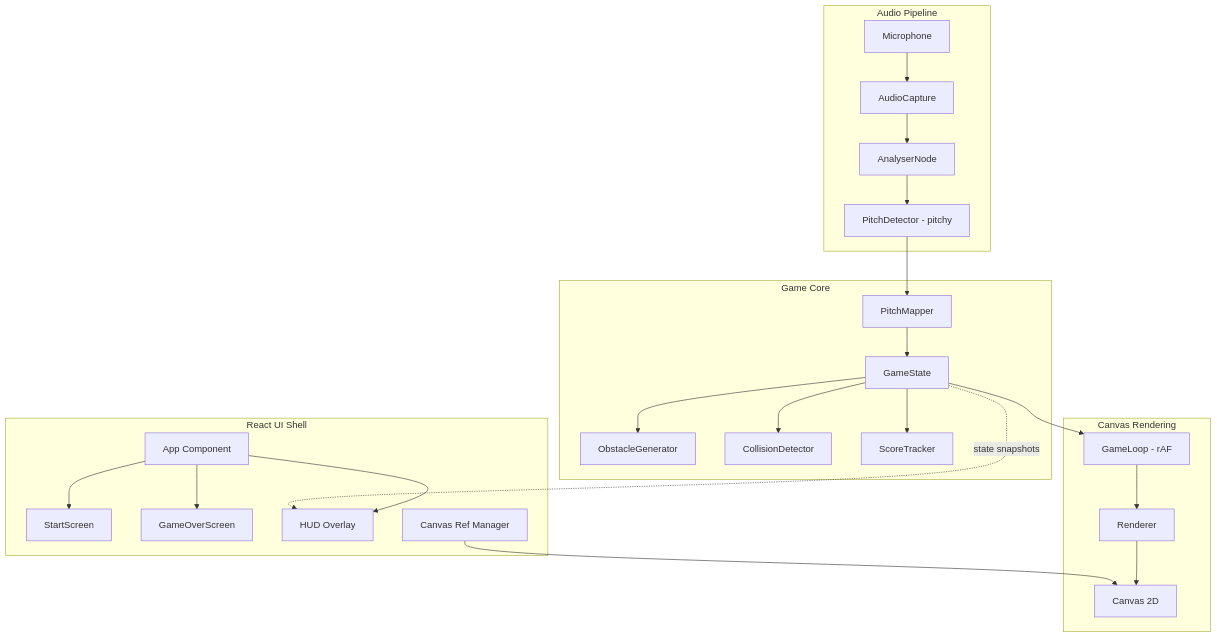
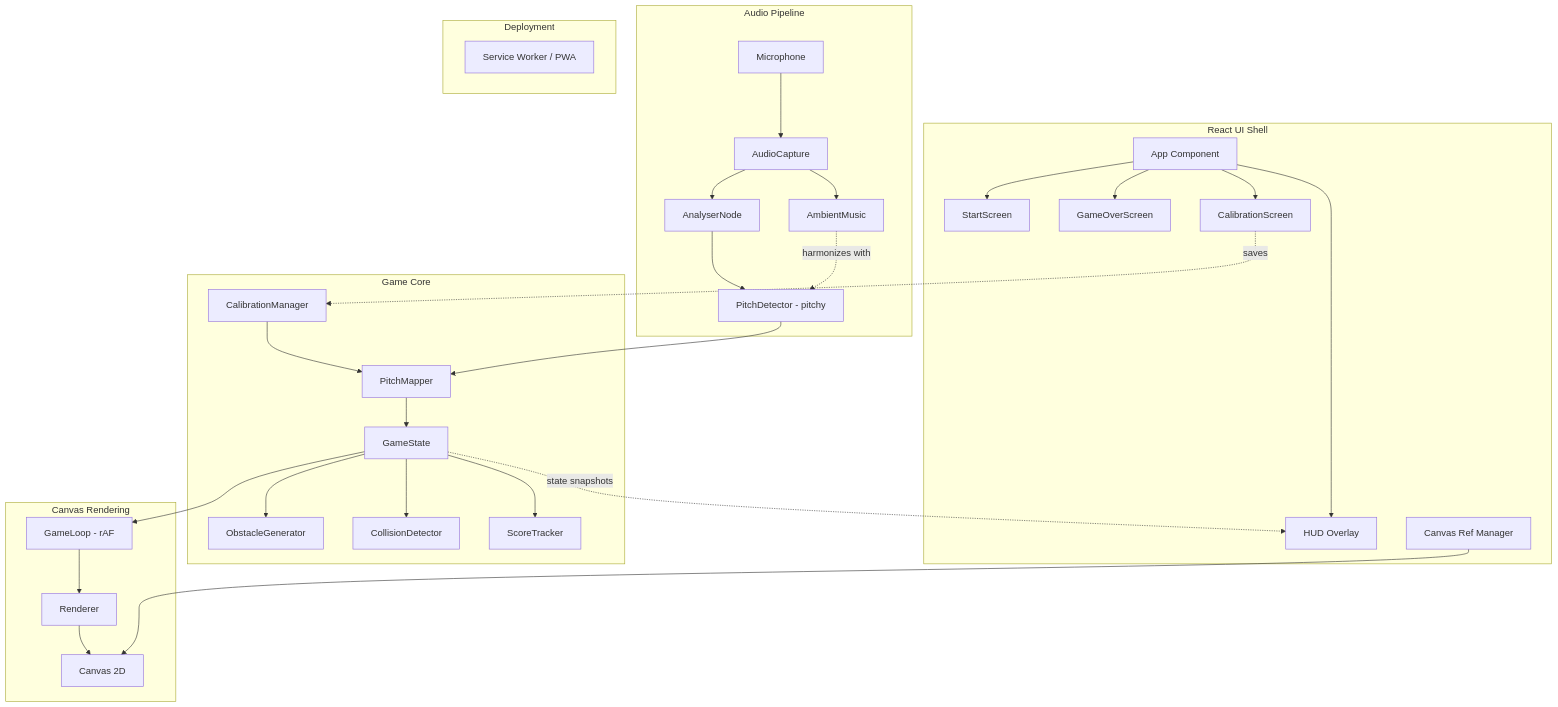
One commit to MaqSaid/HumPilot changed the first of 4 diagrams in .kiro/specs/humming-paper-plane/design.md. Above: the diagram before and after it, drawn with Mermaid. The commit also changed other lines of this file and 48 other files, not shown here.

````diff
--- a/.kiro/specs/humming-paper-plane/design.md
+++ b/.kiro/specs/humming-paper-plane/design.md
@@ -22,36 +22,46 @@
 ```mermaid
 graph TD
     subgraph React UI Shell
         APP[App Component]
         SS[StartScreen]
         GOS[GameOverScreen]
         HUD[HUD Overlay]
         CR[Canvas Ref Manager]
+        CS[CalibrationScreen]
     end
 
     subgraph Audio Pipeline
         MIC[Microphone] --> AC[AudioCapture]
         AC --> AN[AnalyserNode]
         AN --> PD[PitchDetector - pitchy]
+        AC --> AM[AmbientMusic]
     end
 
     subgraph Game Core
-        PD --> PM[PitchMapper]
+        CM[CalibrationManager] --> PM[PitchMapper]
+        PD --> PM
         PM --> GS[GameState]
         GS --> OG[ObstacleGenerator]
         GS --> CD[CollisionDetector]
         GS --> ST[ScoreTracker]
     end
 
     subgraph Canvas Rendering
         GS --> GL[GameLoop - rAF]
         GL --> R[Renderer]
         R --> CV[Canvas 2D]
     end
 
+    subgraph Deployment
+        SW[Service Worker / PWA]
+    end
+
     CR --> CV
     APP --> SS
+    APP --> CS
     APP --> GOS
     APP --> HUD
     GS -.->|state snapshots| HUD
+    AM -.->|harmonizes with| PD
+    CS -.->|saves| CM
 ```
````
